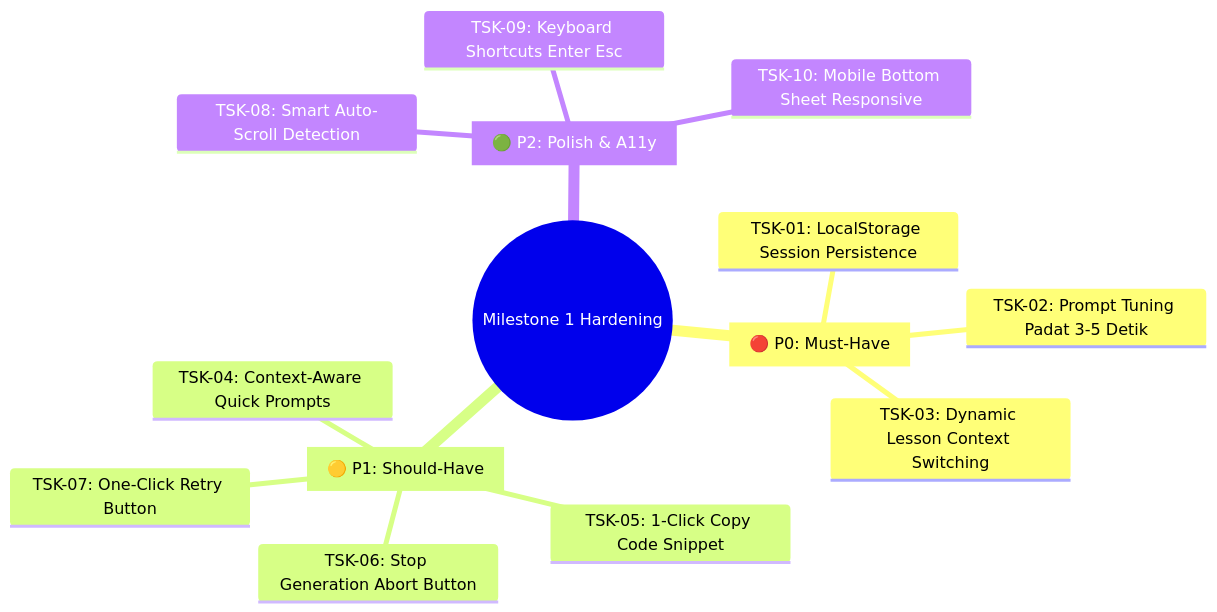
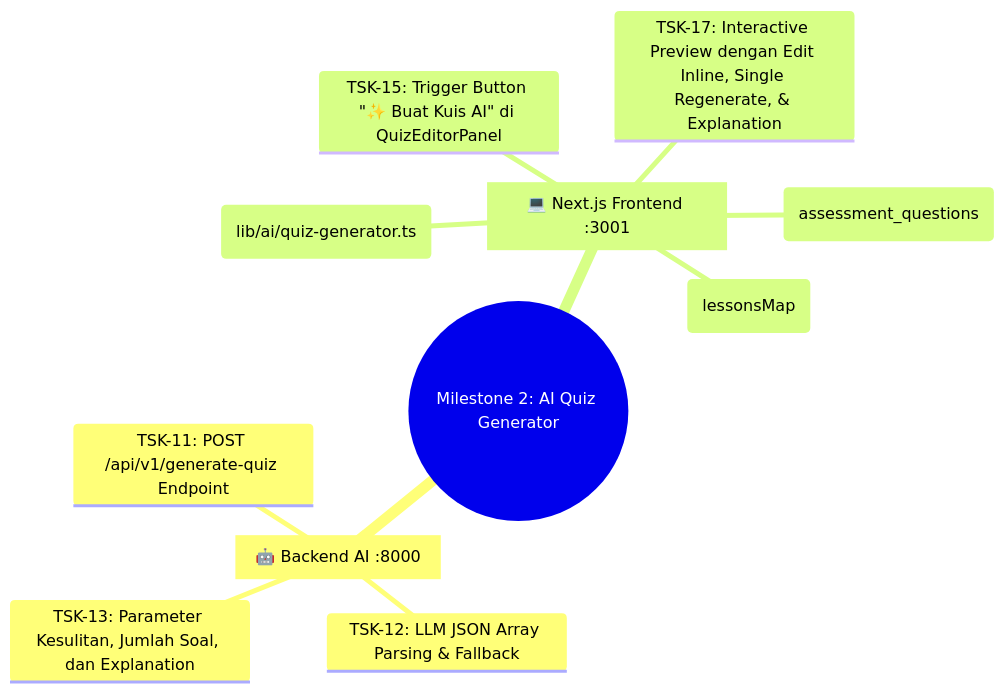
The diagram in docs/dev/task.md (Magurutech/maguru), drawn with Mermaid before and after one commit. The commit also changed other lines of this file and 31 other files, not shown here.

Commit message:
feat: add course assessment APIs, AI quiz generator, and quiz editor panel component

````diff
--- a/docs/dev/task.md
+++ b/docs/dev/task.md
@@ -17,17 +21,14 @@
 ```mermaid
 mindmap
-  root((Milestone 1 Hardening))
-    Must-Have [🔴 P0: Must-Have]
-      TSK-01: LocalStorage Session Persistence
-      TSK-02: Prompt Tuning Padat 3-5 Detik
-      TSK-03: Dynamic Lesson Context Switching
-    Should-Have [🟡 P1: Should-Have]
-      TSK-04: Context-Aware Quick Prompts
-      TSK-05: 1-Click Copy Code Snippet
-      TSK-06: Stop Generation Abort Button
-      TSK-07: One-Click Retry Button
-    Polish [🟢 P2: Polish & A11y]
-      TSK-08: Smart Auto-Scroll Detection
-      TSK-09: Keyboard Shortcuts Enter Esc
-      TSK-10: Mobile Bottom Sheet Responsive
+  root((Milestone 2: AI Quiz Generator))
+    Backend [🤖 Backend AI :8000]
+      TSK-11: POST /api/v1/generate-quiz Endpoint
+      TSK-12: LLM JSON Array Parsing & Fallback
+      TSK-13: Parameter Kesulitan, Jumlah Soal, dan Explanation
+    Frontend [💻 Next.js Frontend :3001]
+      TSK-14: AI Quiz Service Client (lib/ai/quiz-generator.ts)
+      TSK-15: Trigger Button "✨ Buat Kuis AI" di QuizEditorPanel
+      TSK-16: Auto-Fetch Database Context dari Prisma (lessonsMap)
+      TSK-17: Interactive Preview dengan Edit Inline, Single Regenerate, & Explanation
+      TSK-18: Batch Save ke Database PostgreSQL (assessment_questions)
 ```
````
